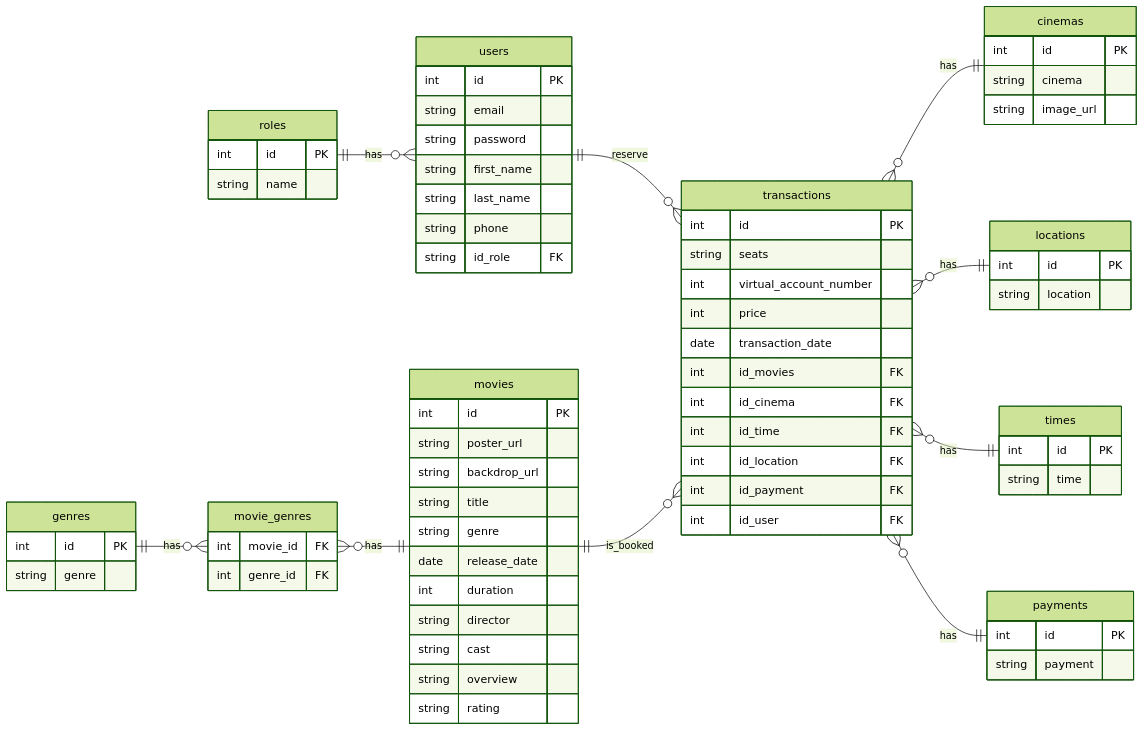
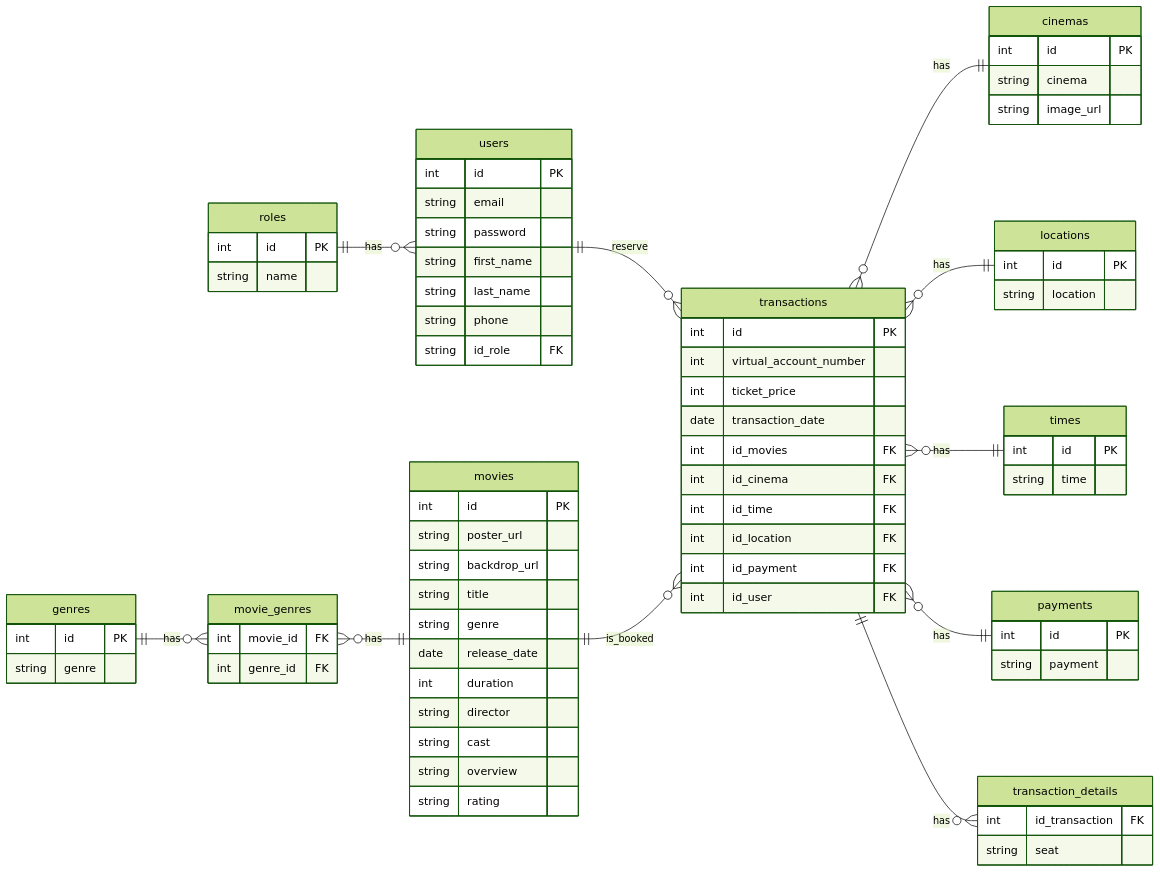
One commit to yusufbahtiarr/fgo24-db-weeklytask changed the diagram in readme.md. Above: the diagram before and after it, drawn with Mermaid (forest theme). The commit also changed other lines of this file, not shown here.

Commit message:
feat: add transaction details erd

```diff
--- a/readme.md
+++ b/readme.md
@@ -13,6 +13,7 @@
   transactions }o--|| locations : has
   transactions }o--|| times : has
   transactions }o--|| payments : has
+  transactions ||--o{ transaction_details : has
   movies ||--o{ transactions : is_booked
 
   users {
@@ -56,9 +57,8 @@
 
   transactions {
     int id PK
-    string seats
     int virtual_account_number
-    int price
+    int ticket_price
     date transaction_date
     int id_movies FK
     int id_cinema FK
@@ -66,6 +66,11 @@
     int id_location FK
     int id_payment FK
     int id_user FK
+  }
+
+  transaction_details {
+    int id_transaction FK
+    string seat
   }
 
   cinemas {
```
